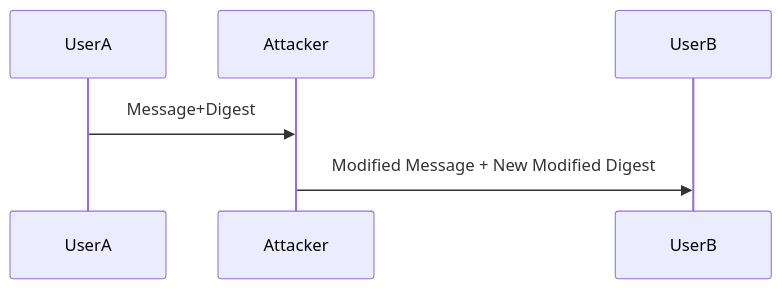
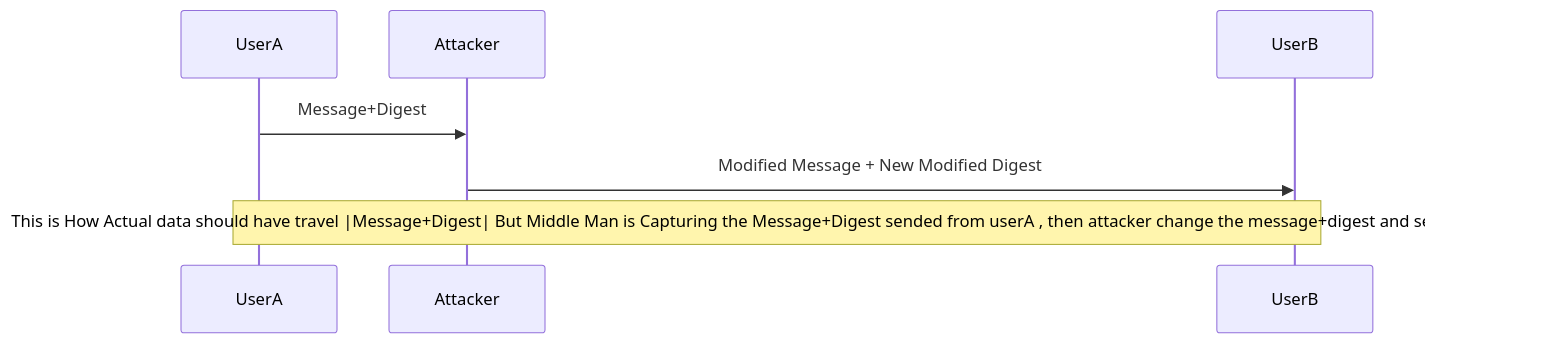
One commit to Rajeev-Tamang/OpenSSL changed the eighth of 8 diagrams in README.md. Above: the diagram before and after it, drawn with Mermaid.

````diff
--- a/README.md
+++ b/README.md
@@ -186,5 +186,6 @@
 ```mermaid
 sequenceDiagram
     UserA->>Attacker: Message+Digest
     Attacker->>UserB: Modified Message + New Modified Digest
+   note over UserA,UserB: This is How Actual data should have travel |Message+Digest| But Middle Man is Capturing the Message+Digest sended from userA , then attacker change the message+digest and send it to UserB.
 ```
````
